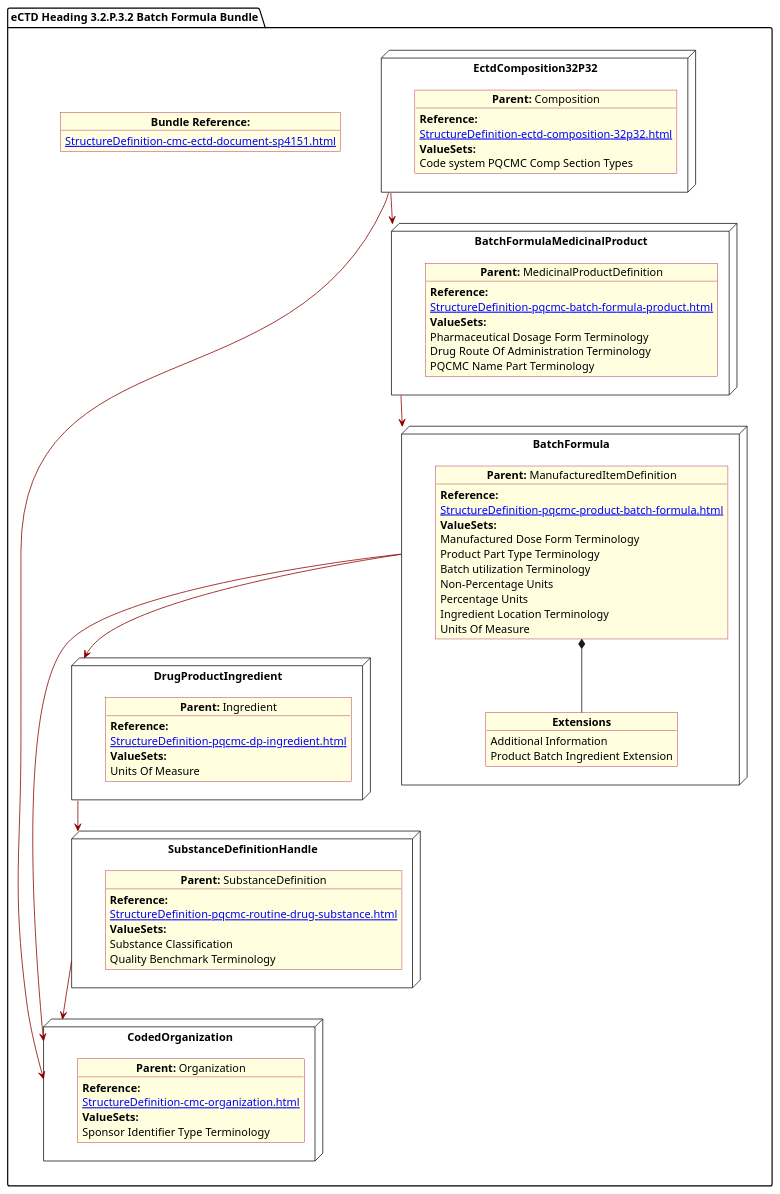
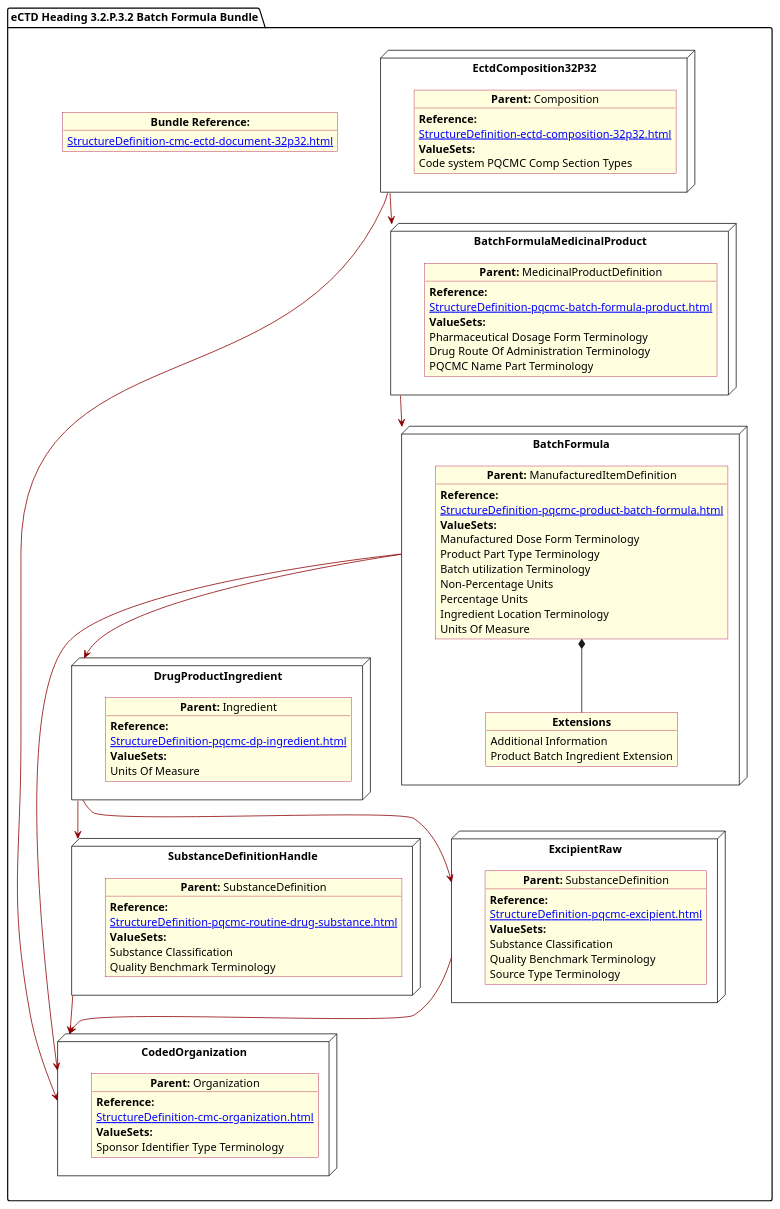
The diagram in input/images-source/BatchForm.plantuml (HL7/FHIR-us-pq-cmc-fda), drawn with PlantUML before and after one commit. The commit also changed 11 other files, not shown here.

```diff
--- a/input/images-source/BatchForm.plantuml
+++ b/input/images-source/BatchForm.plantuml
@@ -1,96 +1,108 @@
 @startuml BatchForm
 allowmixing
 'Mixed model of use case and object
 skinparam svgDimensionStyle false
 skinparam ObjectBackgroundColor LightYellow
 skinparam ObjectBorderColor #A80036
 skinparam activityDiamondBorderColor #A80036
 skinparam activityDiamondBackgroundColor lawnGreen
 skinparam ClassBorderThickness 4
 
 package "eCTD Heading 3.2.P.3.2 Batch Formula Bundle" as NODES {
 
    object "**Bundle Reference:**" as objbun {
-              [[StructureDefinition-cmc-ectd-document-sp4151.html]]
+              [[StructureDefinition-cmc-ectd-document-32p32.html]]
     }  
 
   node "EctdComposition32P32" as N1 { 
       object "**Parent:** Composition" as obj1 {
                    **Reference:**
       [[StructureDefinition-ectd-composition-32p32.html]]
       **ValueSets:**
   Code system PQCMC Comp Section Types
     }
      
 }
 node "CodedOrganization" as NSO { 
       object "**Parent:** Organization" as objAu {
         **Reference:**
       [[StructureDefinition-cmc-organization.html]]
         **ValueSets:**
         Sponsor Identifier Type Terminology 
     }
 }
 
 node "DrugProductIngredient" as NNgred { 
       object "**Parent:** Ingredient" as obj10 {
              **Reference:**
       [[StructureDefinition-pqcmc-dp-ingredient.html]]
         **ValueSets:**
         Units Of Measure    
       }      
 
 }
 
-
 node "SubstanceDefinitionHandle" as NNS { 
       object "**Parent:** SubstanceDefinition" as obj4 {
                    **Reference:**
       [[StructureDefinition-pqcmc-routine-drug-substance.html]]
                 **ValueSets:**
                 Substance Classification
                 Quality Benchmark Terminology
       }  
 }
+
+node "ExcipientRaw" as NNSEx { 
+      object "**Parent:** SubstanceDefinition" as obj42 {
+                   **Reference:**
+      [[StructureDefinition-pqcmc-excipient.html]]
+                **ValueSets:**
+                Substance Classification
+                Quality Benchmark Terminology
+                Source Type Terminology
+      }  
+}
+
 node "BatchFormulaMedicinalProduct" as NN2 { 
       object "**Parent:** MedicinalProductDefinition" as obj32 {
                    **Reference:**
       [[StructureDefinition-pqcmc-batch-formula-product.html]]
           **ValueSets:**
            Pharmaceutical Dosage Form Terminology
           Drug Route Of Administration Terminology
           PQCMC Name Part Terminology
       }
 }
 
 node "BatchFormula" as NN { 
       object "**Parent:** ManufacturedItemDefinition" as obj3 {
          **Reference:**
       [[StructureDefinition-pqcmc-product-batch-formula.html]]
         **ValueSets:**
         Manufactured Dose Form Terminology
         Product Part Type Terminology 
         Batch utilization Terminology
         Non-Percentage Units
         Percentage Units
         Ingredient Location Terminology
         Units Of Measure
 
       } 
       object "**Extensions**" as objExs2 {
         Additional Information
         Product Batch Ingredient Extension
 }
 
  obj3 *-- objExs2     
 }
 N1 -[#darkred]--> NSO   
 N1 -[#darkred]-> NN2
 NNS -[#darkred]-> NSO
 NN -[#darkred]-> NSO
 NN -[#darkred]-> NNgred
 NN2 -[#darkred]-> NN
 NNgred -[#darkred]-> NNS
-
+NNgred -[#darkred]->NNSEx
+NNSEx -[#darkred]-> NSO
 }
 @enduml
```
